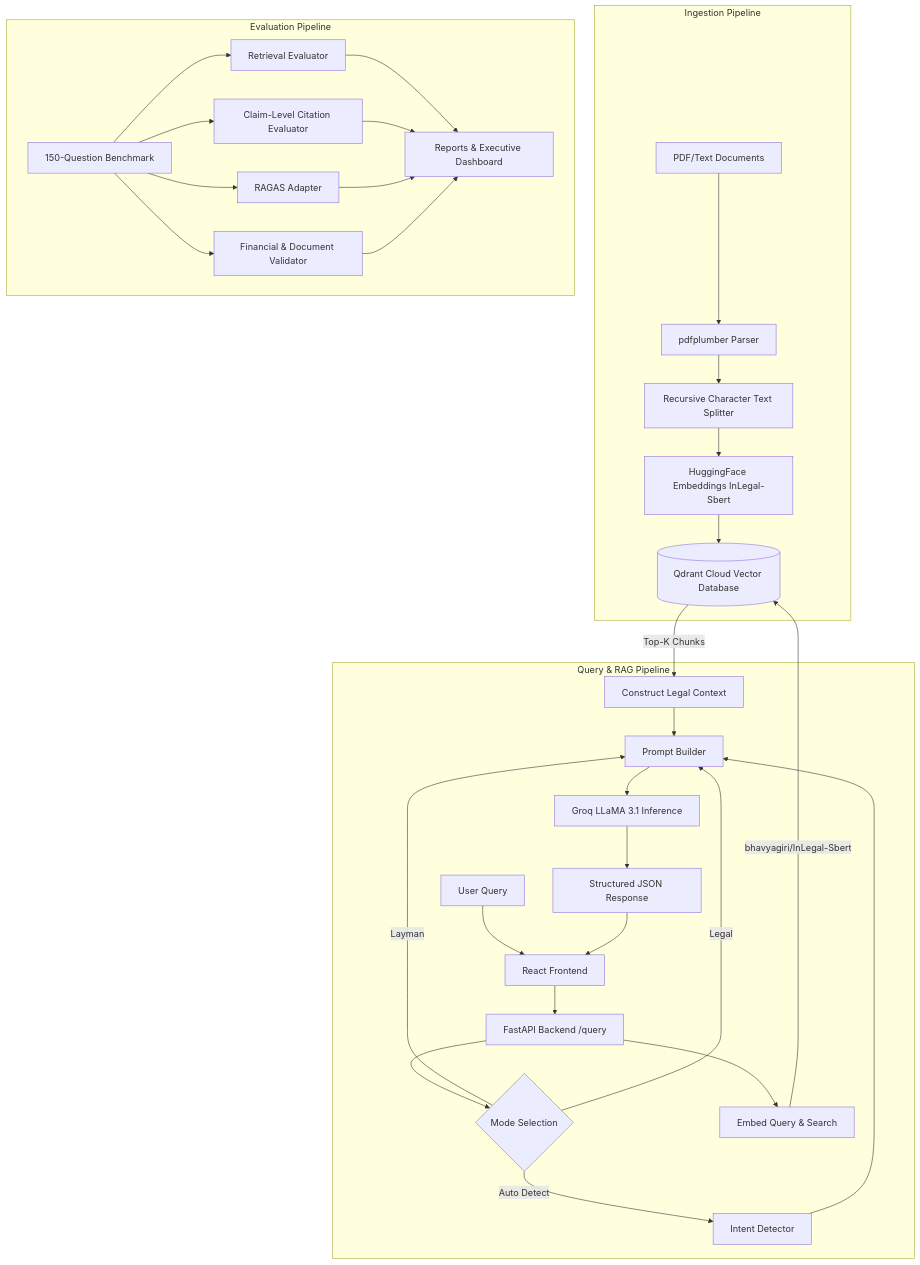
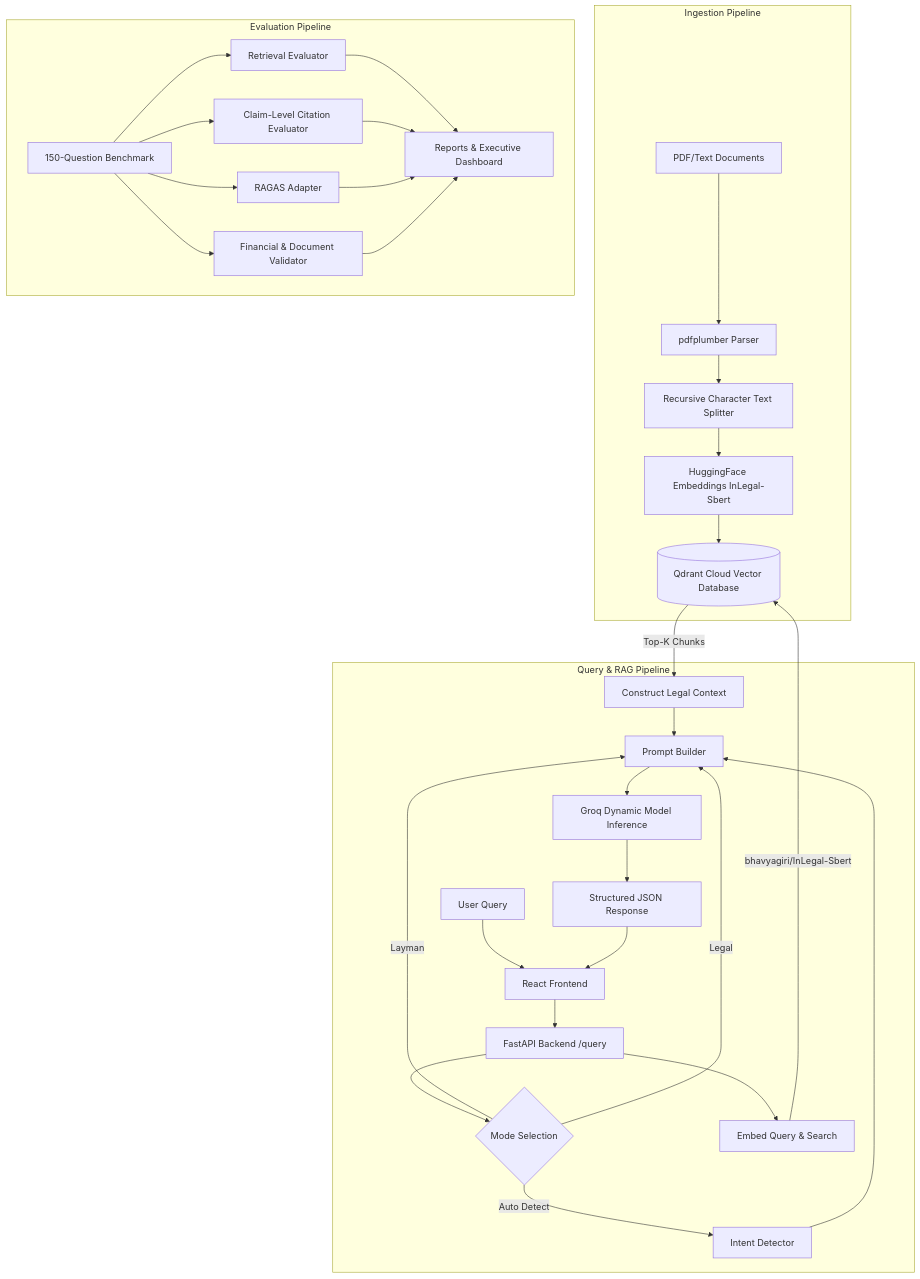
The diagram in README.md (Vedarham/InLeagle01), drawn with Mermaid before and after one commit. The commit also changed other lines of this file and 23 other files, not shown here.

````diff
--- a/README.md
+++ b/README.md
@@ -109,39 +111,39 @@
 ```mermaid
 graph TD
     subgraph Ingestion Pipeline
         A[PDF/Text Documents] --> B[pdfplumber Parser]
         B --> C[Recursive Character Text Splitter]
         C --> D[HuggingFace Embeddings InLegal-Sbert]
         D --> E[(Qdrant Cloud Vector Database)]
     end
 
     subgraph Query & RAG Pipeline
         User[User Query] --> UI[React Frontend]
         UI --> API[FastAPI Backend /query]
         API --> Mode{Mode Selection}
         Mode --> |Auto Detect| Intent[Intent Detector]
         Mode --> |Layman| PromptBuilder[Prompt Builder]
         Mode --> |Legal| PromptBuilder
         Intent --> PromptBuilder
         
         API --> Retrieve[Embed Query & Search]
         Retrieve --> |bhavyagiri/InLegal-Sbert| E
         E --> |Top-K Chunks| Context[Construct Legal Context]
         Context --> PromptBuilder
         
-        PromptBuilder --> LLM[Groq LLaMA 3.1 Inference]
+        PromptBuilder --> LLM[Groq Dynamic Model Inference]
         LLM --> Response[Structured JSON Response]
         Response --> UI
     end
 
     subgraph Evaluation Pipeline
         Bench[150-Question Benchmark] --> RetEval[Retrieval Evaluator]
         Bench --> CitEval[Claim-Level Citation Evaluator]
         Bench --> RagasAdap[RAGAS Adapter]
         Bench --> DocEval[Financial & Document Validator]
         RetEval --> Summary[Reports & Executive Dashboard]
         CitEval --> Summary
         RagasAdap --> Summary
         DocEval --> Summary
     end
 ```
````
